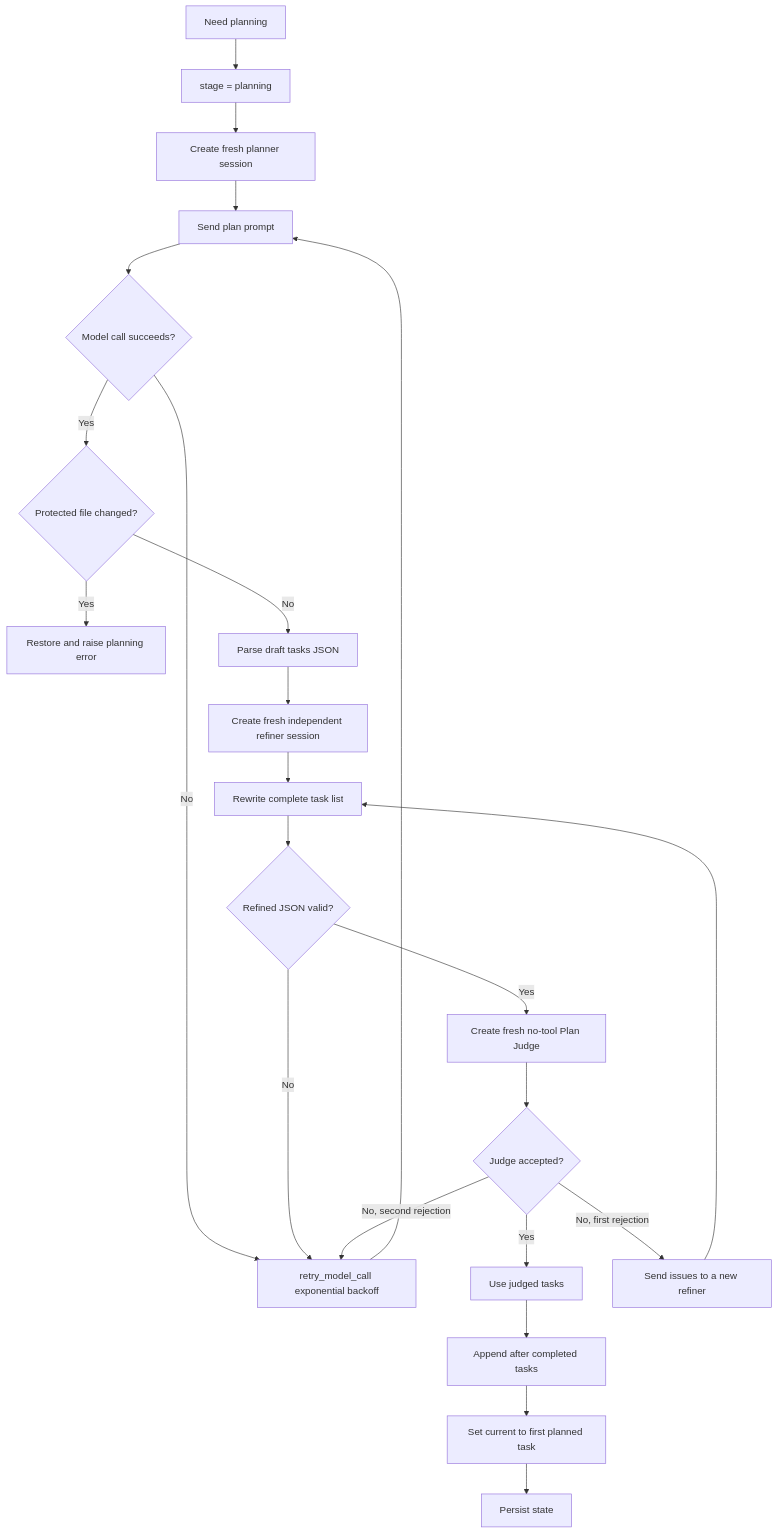
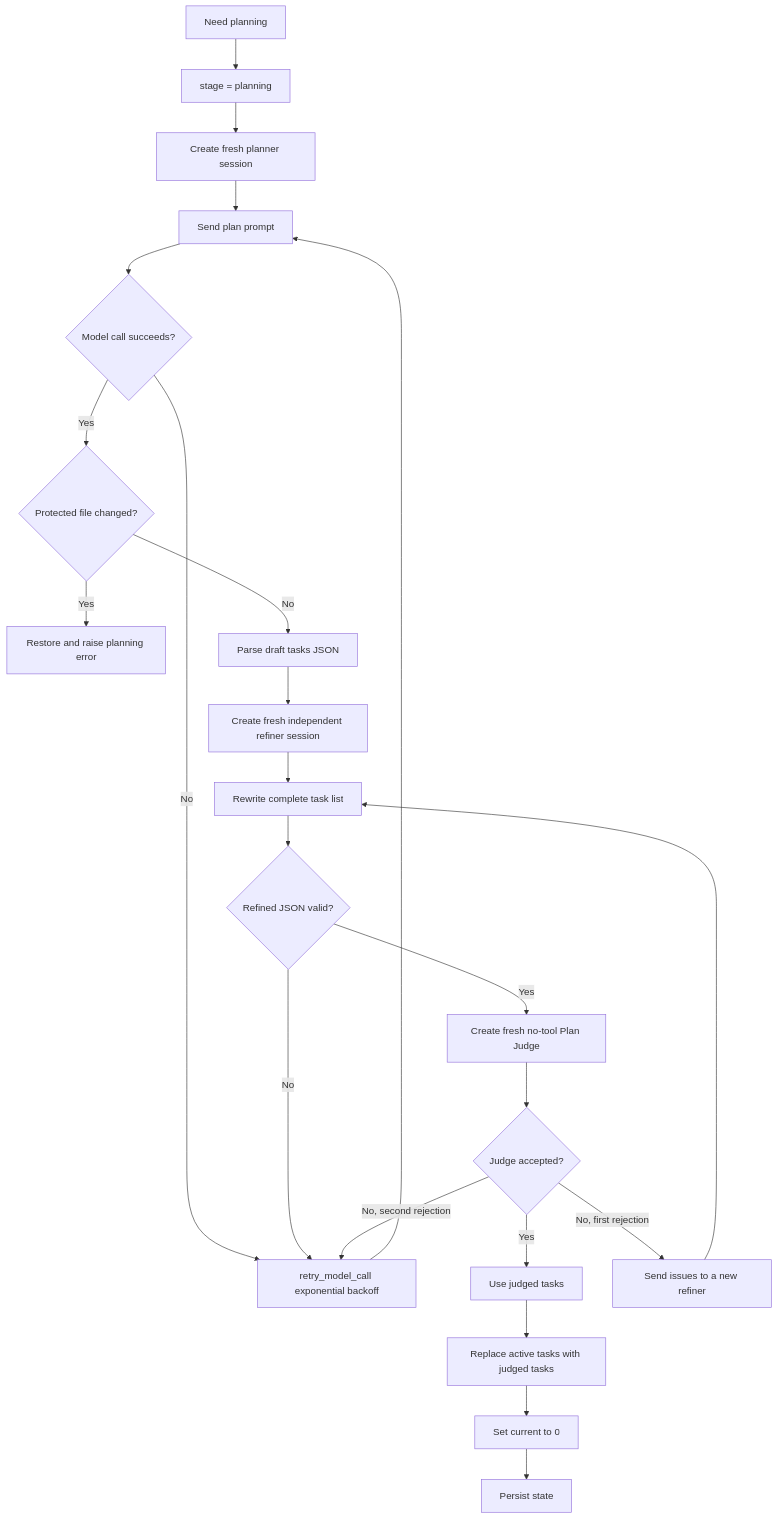
Before and after one commit to kevin840307/ai-task-runner: the fifth of 9 diagrams in docs/DESIGN.md, drawn with Mermaid. The commit also changed other lines of this file and 16 other files, not shown here.

````diff
--- a/docs/DESIGN.md
+++ b/docs/DESIGN.md
@@ -384,25 +384,25 @@
 ```mermaid
 flowchart TD
     A[Need planning] --> B[stage = planning]
     B --> C[Create fresh planner session]
     C --> D[Send plan prompt]
     D --> E{Model call succeeds?}
     E -- No --> F[retry_model_call exponential backoff]
     F --> D
     E -- Yes --> G{Protected file changed?}
     G -- Yes --> H[Restore and raise planning error]
     G -- No --> I[Parse draft tasks JSON]
     I --> J[Create fresh independent refiner session]
     J --> K[Rewrite complete task list]
     K --> L{Refined JSON valid?}
     L -- No --> F
     L -- Yes --> M[Create fresh no-tool Plan Judge]
     M --> N{Judge accepted?}
     N -- Yes --> O[Use judged tasks]
     N -- No, first rejection --> P[Send issues to a new refiner]
     P --> K
     N -- No, second rejection --> F
-    O --> Q[Append after completed tasks]
-    Q --> R[Set current to first planned task]
+    O --> Q[Replace active tasks with judged tasks]
+    Q --> R[Set current to 0]
     R --> S[Persist state]
 ```
````
